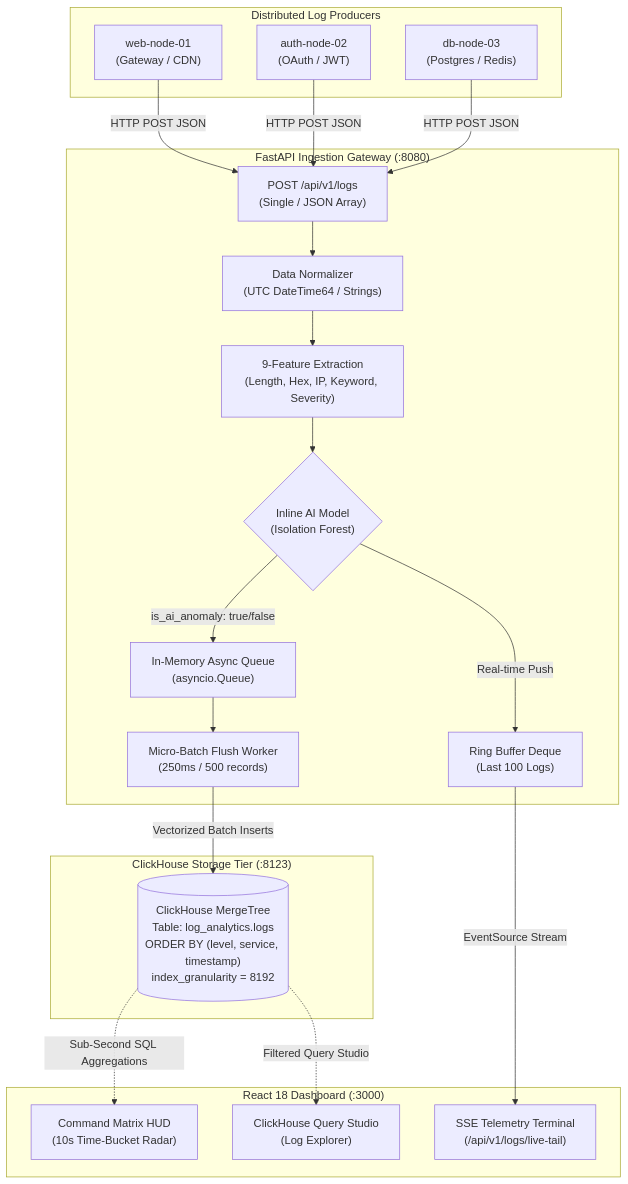
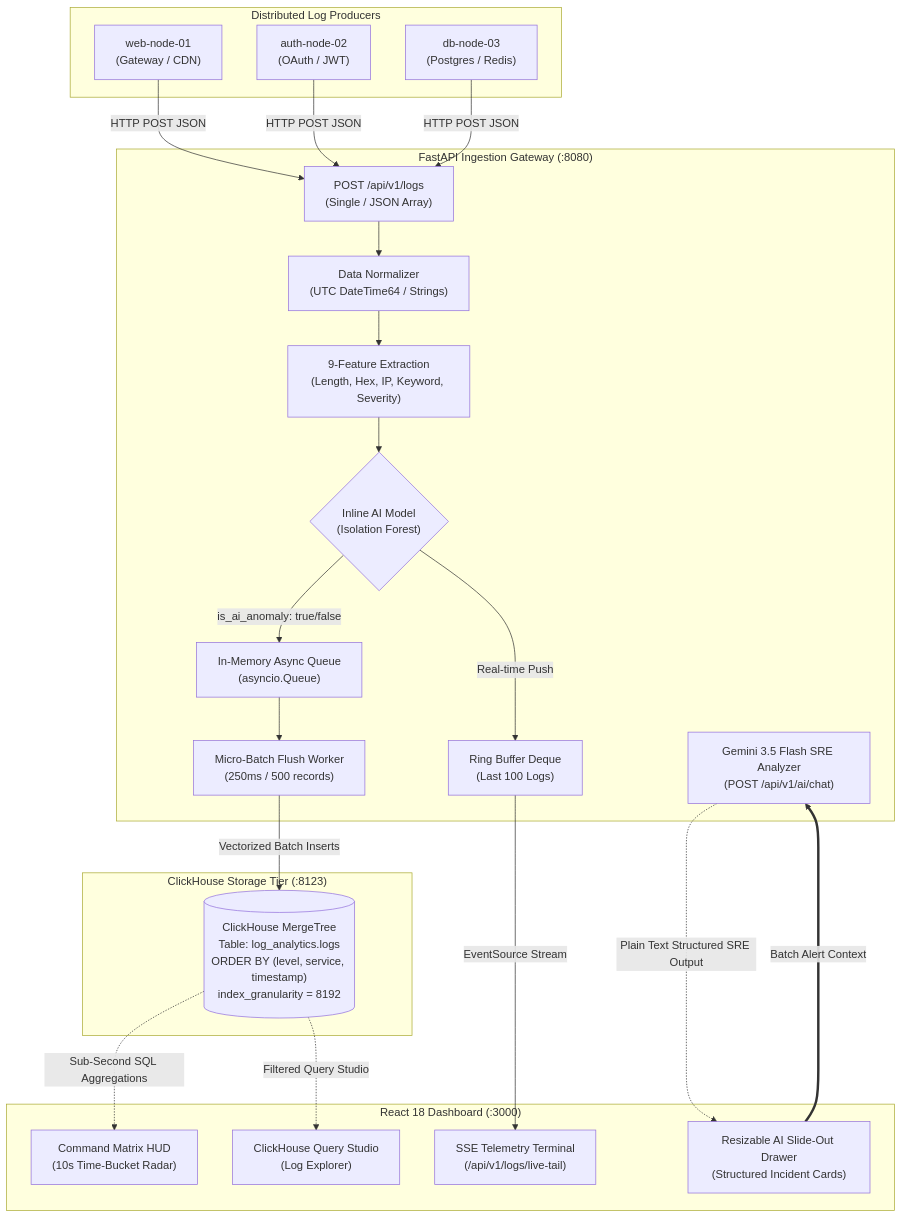
The first of 3 diagrams in README.md (Froglodyte/SIH_Internal), drawn with Mermaid before and after one commit. The commit also changed other lines of this file, not shown here.

````diff
--- a/README.md
+++ b/README.md
@@ -55,44 +71,49 @@
 ```mermaid
 flowchart TD
     subgraph PRODUCERS["Distributed Log Producers"]
         P1["web-node-01<br/>(Gateway / CDN)"]
         P2["auth-node-02<br/>(OAuth / JWT)"]
         P3["db-node-03<br/>(Postgres / Redis)"]
     end
 
     subgraph GATEWAY["FastAPI Ingestion Gateway (:8080)"]
         INGEST["POST /api/v1/logs<br/>(Single / JSON Array)"]
         NORM["Data Normalizer<br/>(UTC DateTime64 / Strings)"]
         FEAT["9-Feature Extraction<br/>(Length, Hex, IP, Keyword, Severity)"]
         AI{"Inline AI Model<br/>(Isolation Forest)"}
-        
+
         QUEUE["In-Memory Async Queue<br/>(asyncio.Queue)"]
         RING["Ring Buffer Deque<br/>(Last 100 Logs)"]
         WORKER["Micro-Batch Flush Worker<br/>(250ms / 500 records)"]
+        GEMINI["Gemini 3.5 Flash SRE Analyzer<br/>(POST /api/v1/ai/chat)"]
     end
 
     subgraph STORAGE["ClickHouse Storage Tier (:8123)"]
         CH[("ClickHouse MergeTree<br/>Table: log_analytics.logs<br/>ORDER BY (level, service, timestamp)<br/>index_granularity = 8192")]
     end
 
     subgraph HUD["React 18 Dashboard (:3000)"]
         DASH["Command Matrix HUD<br/>(10s Time-Bucket Radar)"]
         SSE["SSE Telemetry Terminal<br/>(/api/v1/logs/live-tail)"]
         EXP["ClickHouse Query Studio<br/>(Log Explorer)"]
+        DRAWER["Resizable AI Slide-Out Drawer<br/>(Structured Incident Cards)"]
     end
 
     P1 & P2 & P3 -->|HTTP POST JSON| INGEST
     INGEST --> NORM
     NORM --> FEAT
     FEAT --> AI
 
     AI -->|is_ai_anomaly: true/false| QUEUE
     AI -->|Real-time Push| RING
 
     QUEUE --> WORKER
     WORKER -->|Vectorized Batch Inserts| CH
 
     RING -->|EventSource Stream| SSE
     CH -.->|Sub-Second SQL Aggregations| DASH
     CH -.->|Filtered Query Studio| EXP
+
+    DRAWER ==>|Batch Alert Context| GEMINI
+    GEMINI -.->|Plain Text Structured SRE Output| DRAWER
 ```
````
